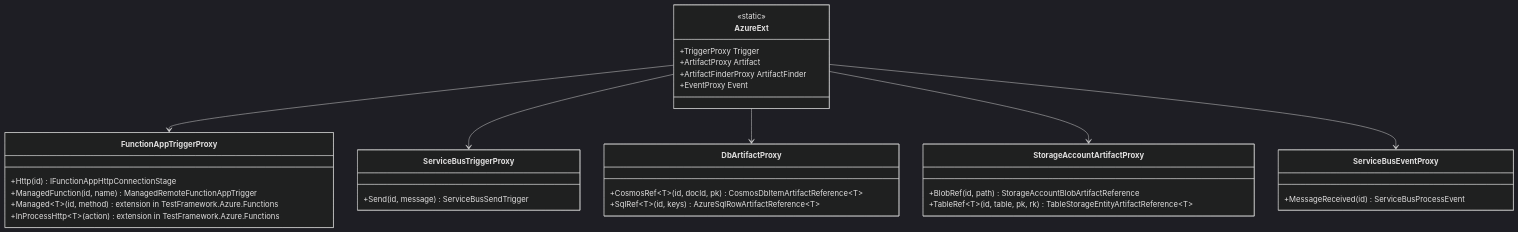
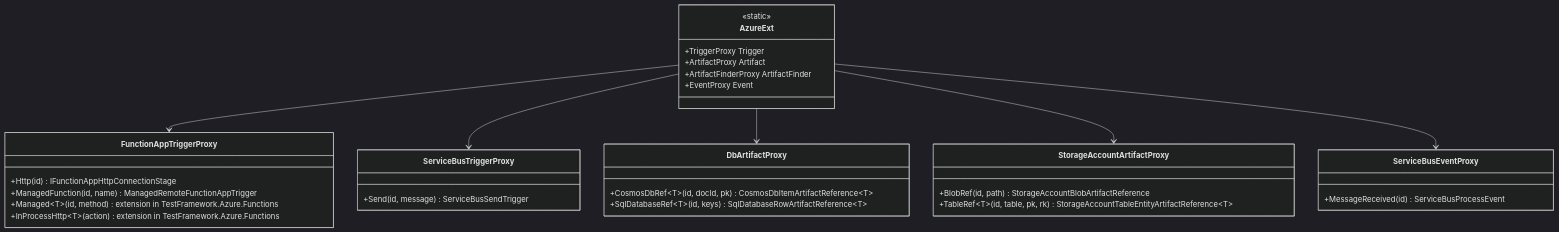
One commit to DeadMoon0/TestFramework-Azure changed the fourth of 17 diagrams in Documentation/Arc42.md. Above: the diagram before and after it, drawn with Mermaid (dark theme). The commit also changed other lines of this file and 70 other files, not shown here.

Commit message:
Name every Azure resource in one word, refuse renamed config keys, read HttpTrigger typed

````diff
--- a/Documentation/Arc42.md
+++ b/Documentation/Arc42.md
@@ -223,35 +223,35 @@
 ```mermaid
 classDiagram
     class AzureExt {
         <<static>>
         +TriggerProxy Trigger
         +ArtifactProxy Artifact
         +ArtifactFinderProxy ArtifactFinder
         +EventProxy Event
     }
     class FunctionAppTriggerProxy {
         +Http(id) IFunctionAppHttpConnectionStage
         +ManagedFunction(id, name) ManagedRemoteFunctionAppTrigger
         +Managed~T~(id, method) extension in TestFramework.Azure.Functions
         +InProcessHttp~T~(action) extension in TestFramework.Azure.Functions
     }
     class ServiceBusTriggerProxy {
         +Send(id, message) ServiceBusSendTrigger
     }
     class DbArtifactProxy {
-        +CosmosRef~T~(id, docId, pk) CosmosDbItemArtifactReference~T~
-        +SqlRef~T~(id, keys) AzureSqlRowArtifactReference~T~
+        +CosmosDbRef~T~(id, docId, pk) CosmosDbItemArtifactReference~T~
+        +SqlDatabaseRef~T~(id, keys) SqlDatabaseRowArtifactReference~T~
     }
     class StorageAccountArtifactProxy {
         +BlobRef(id, path) StorageAccountBlobArtifactReference
-        +TableRef~T~(id, table, pk, rk) TableStorageEntityArtifactReference~T~
+        +TableRef~T~(id, table, pk, rk) StorageAccountTableEntityArtifactReference~T~
     }
     class ServiceBusEventProxy {
         +MessageReceived(id) ServiceBusProcessEvent
     }
     AzureExt --> FunctionAppTriggerProxy
     AzureExt --> ServiceBusTriggerProxy
     AzureExt --> DbArtifactProxy
     AzureExt --> StorageAccountArtifactProxy
     AzureExt --> ServiceBusEventProxy
 ```
````
